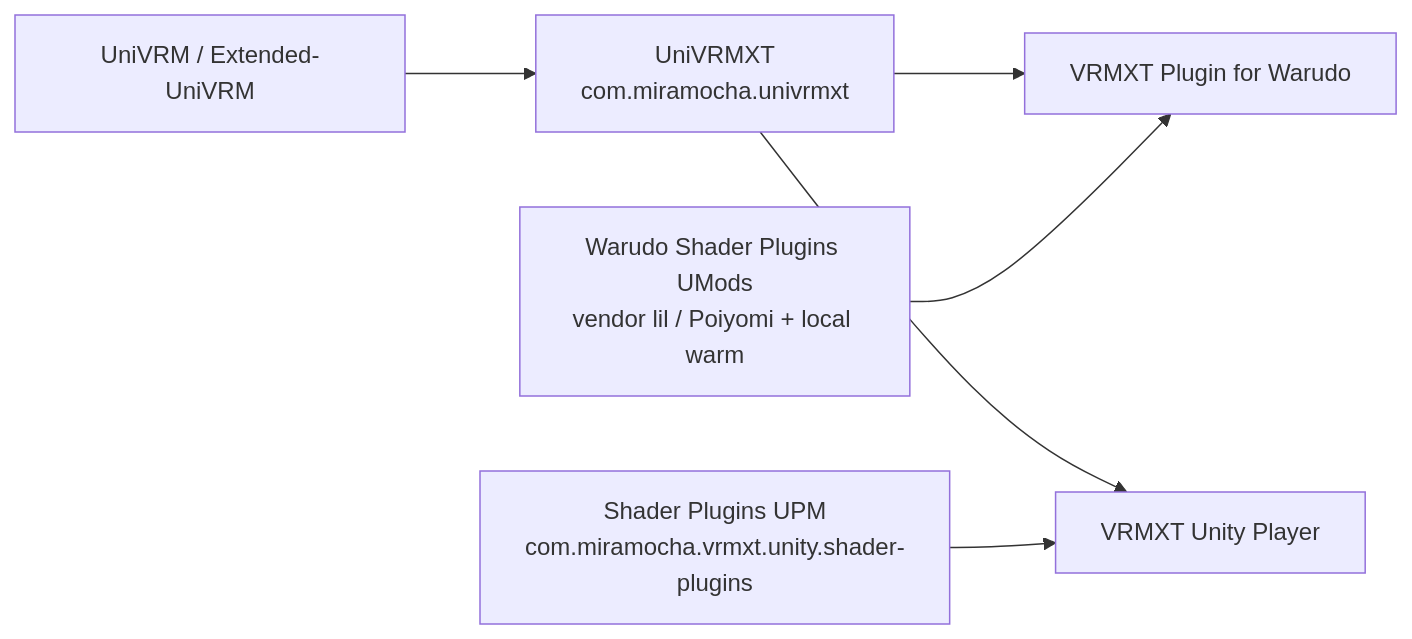
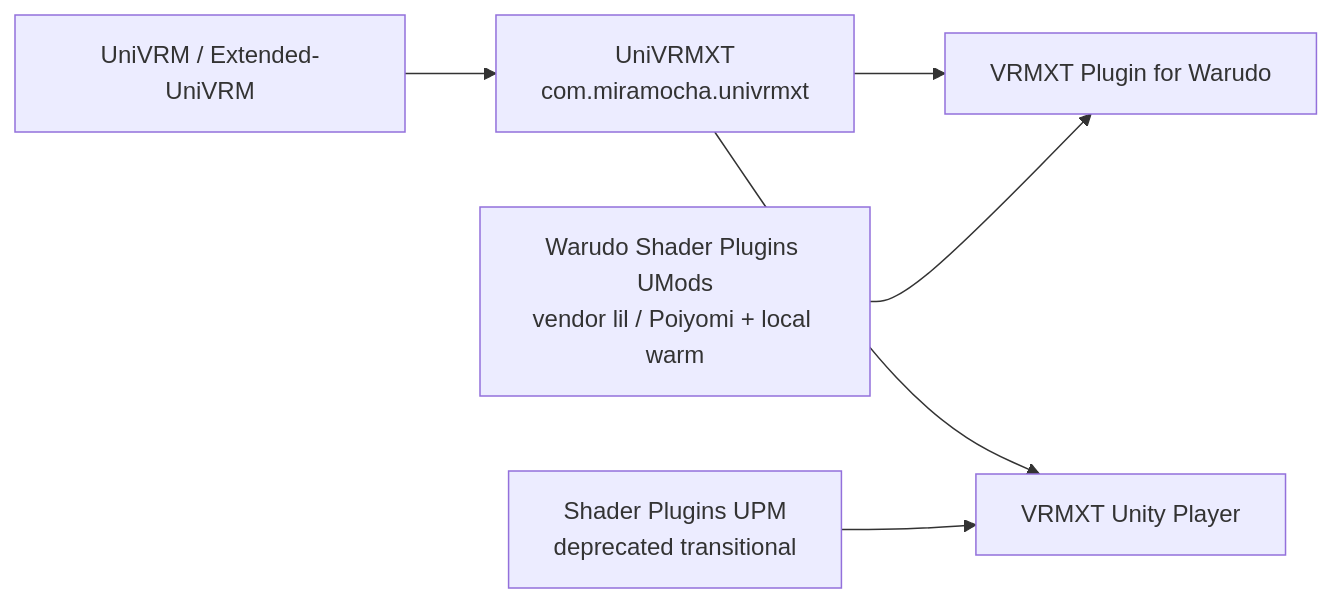
Before and after one commit to miramocha/Extended-VRM-Specs: the first of 2 diagrams in implementations/vrmxt-unity-packages.md, drawn with Mermaid. The commit also changed other lines of this file and 9 other files, not shown here.

First line of the commit message:
docs: deprecate shader-plugins claim inventory

````diff
--- a/implementations/vrmxt-unity-packages.md
+++ b/implementations/vrmxt-unity-packages.md
@@ -45,14 +45,14 @@
 ```mermaid
 flowchart LR
   univrm["UniVRM / Extended-UniVRM"]
   univrmxt["UniVRMXT<br/>com.miramocha.univrmxt"]
-  shaders["Shader Plugins UPM<br/>com.miramocha.vrmxt.unity.shader-plugins"]
+  shaders["Shader Plugins UPM<br/>deprecated transitional"]
   wshaders["Warudo Shader Plugins UMods<br/>vendor lil / Poiyomi + local warm"]
   warudo["VRMXT Plugin for Warudo"]
   player["VRMXT Unity Player"]
   univrm --> univrmxt
   univrmxt --> warudo
   wshaders --> warudo
   univrmxt --> player
   shaders --> player
 ```
````
